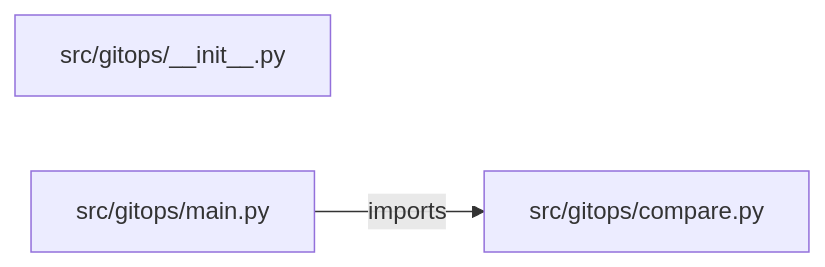
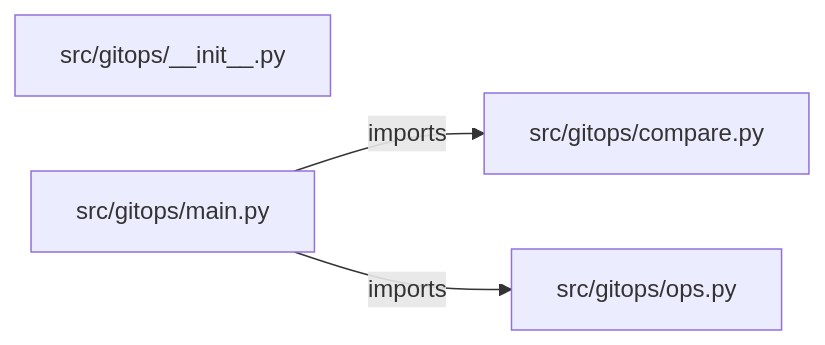
One commit to iarsingh/gitops-deployment-platform changed the diagram in PROJECT_ARCHITECTURE.md. Above: the diagram before and after it, drawn with Mermaid. The commit also changed other lines of this file and 2 other files, not shown here.

Commit message:
Refresh architecture and interview guides from current implementation

````diff
--- a/PROJECT_ARCHITECTURE.md
+++ b/PROJECT_ARCHITECTURE.md
@@ -13,7 +13,9 @@
 ```mermaid
 flowchart LR
     M0["src/gitops/__init__.py"]
     M1["src/gitops/compare.py"]
     M2["src/gitops/main.py"]
+    M3["src/gitops/ops.py"]
     M2 -->|imports| M1
+    M2 -->|imports| M3
 ```
````
